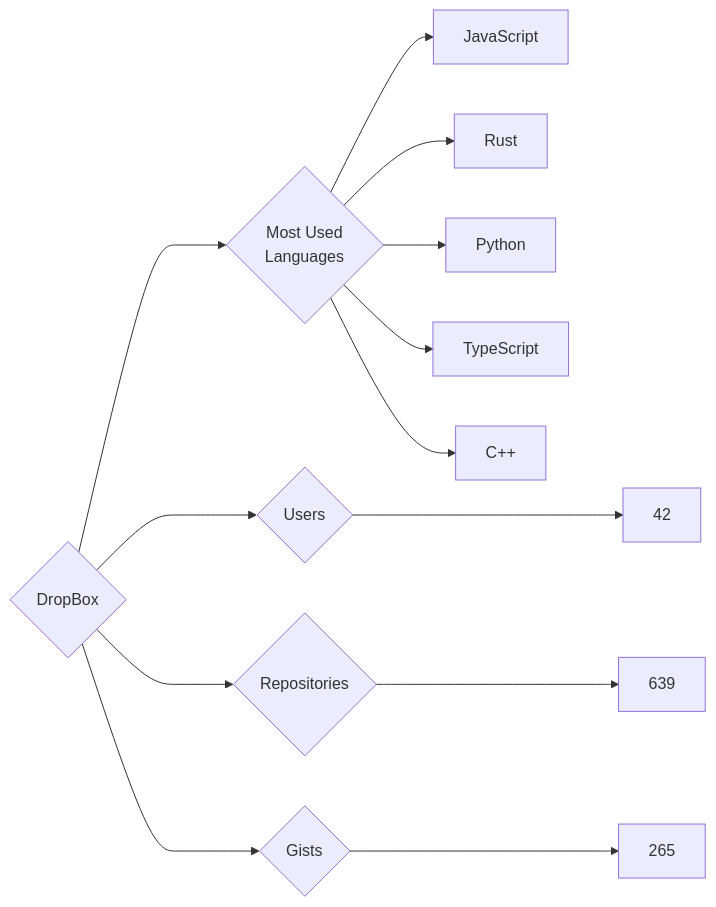
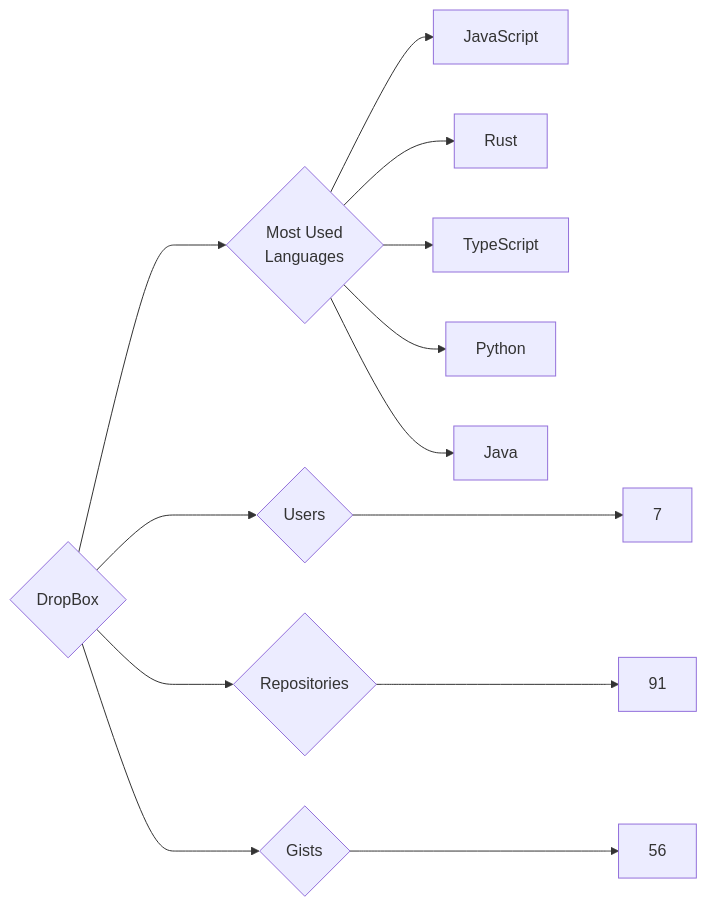
Before and after one commit to trickest/insiders: the diagram in targets/DropBox/README.md, drawn with Mermaid. The commit also changed 736 other files, not shown here.

````diff
--- a/targets/DropBox/README.md
+++ b/targets/DropBox/README.md
@@ -3,13 +3,13 @@
 ```mermaid
 graph LR
 COMPANY_NAME{DropBox}
-COMPANY_NAME ---> U{Users} ---> UN[42]
-COMPANY_NAME ---> R{Repositories} ---> RN[639]
-COMPANY_NAME ---> G{Gists} ---> GN[265]
+COMPANY_NAME ---> U{Users} ---> UN[7]
+COMPANY_NAME ---> R{Repositories} ---> RN[91]
+COMPANY_NAME ---> G{Gists} ---> GN[56]
 COMPANY_NAME ---> ML{Most Used<br>Languages}
 ML --> JavaScript[JavaScript]
 ML --> Rust[Rust]
+ML --> TypeScript[TypeScript]
 ML --> Python[Python]
-ML --> TypeScript[TypeScript]
-ML --> C++[C++]
+ML --> Java[Java]
 ```
````
